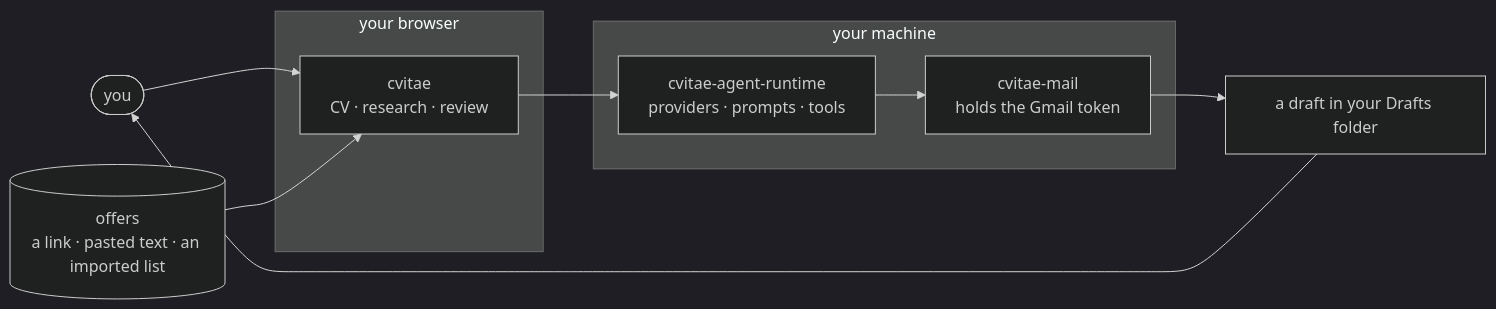
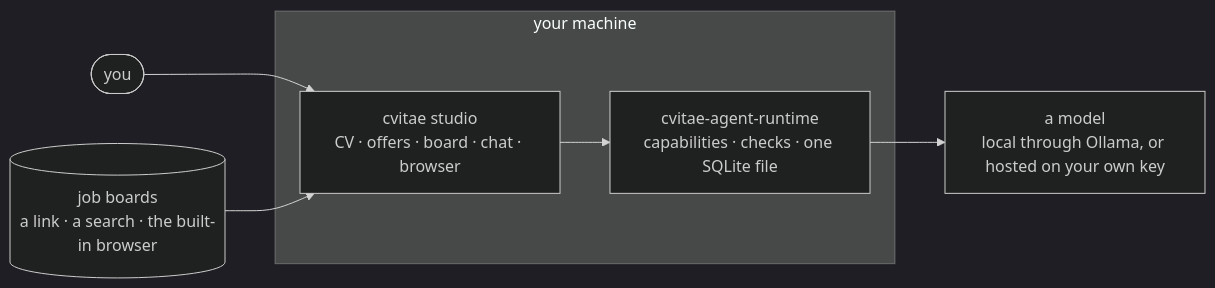
One commit to cvitae-org/.github changed the diagram in profile/README.md. Above: the diagram before and after it, drawn with Mermaid (dark theme). The commit also changed other lines of this file, not shown here.

First line of the commit message:
Describe the desktop app, the runtime as it is, masking and the measurements

````diff
--- a/profile/README.md
+++ b/profile/README.md
@@ -45,23 +37,17 @@
 ```mermaid
 flowchart LR
   You(["you"])
-  Offers[("offers<br/>a link · pasted text · an imported list")]
+  Boards[("job boards<br/>a link · a search · the built-in browser")]
 
-  subgraph browser["your browser"]
-    App["cvitae<br/>CV · research · review"]
+  subgraph machine["your machine"]
+    Studio["cvitae studio<br/>CV · offers · board · chat · browser"]
+    Runtime["cvitae-agent-runtime<br/>capabilities · checks · one SQLite file"]
   end
 
-  subgraph machine["your machine"]
-    Runtime["cvitae-agent-runtime<br/>providers · prompts · tools"]
-    Mail["cvitae-mail<br/>holds the Gmail token"]
-  end
+  Model["a model<br/>local through Ollama, or hosted on your own key"]
 
-  Draft["a draft in your Drafts folder"]
-
-  You --> App
-  Offers --> App
-  App --> Runtime
-  Runtime --> Mail
-  Mail --> Draft
-  Draft --> You
+  You --> Studio
+  Boards --> Studio
+  Studio --> Runtime
+  Runtime --> Model
 ```
````
